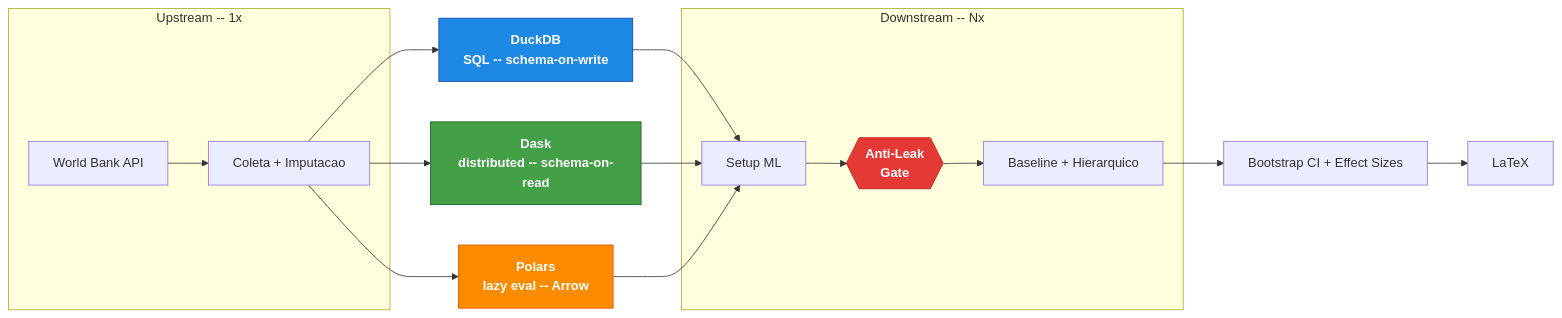
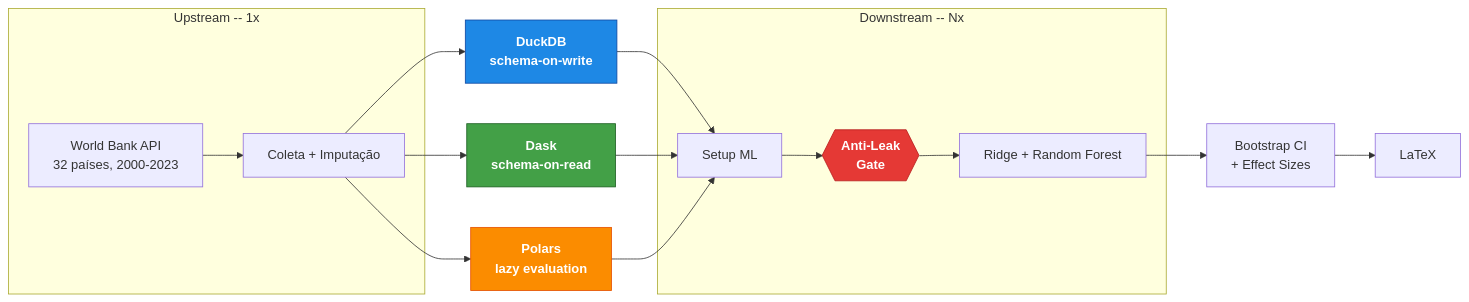
The diagram in README.md (DATA-UFMS/rampart-framework), drawn with Mermaid before and after one commit. The commit also changed other lines of this file and 1 other file, not shown here.

````diff
--- a/README.md
+++ b/README.md
@@ -5,26 +23,26 @@
 ```mermaid
 flowchart LR
     subgraph U["Upstream -- 1x"]
-        A["World Bank API"] --> B["Coleta + Imputacao"]
+        A["World Bank API\n32 países, 2000-2023"] --> B["Coleta + Imputação"]
     end
 
     B --> DW & DL & PL
 
-    DW["DuckDB\nSQL -- schema-on-write"]:::dw
-    DL["Dask\ndistributed -- schema-on-read"]:::dl
-    PL["Polars\nlazy eval -- Arrow"]:::pl
+    DW["DuckDB\nschema-on-write"]:::dw
+    DL["Dask\nschema-on-read"]:::dl
+    PL["Polars\nlazy evaluation"]:::pl
 
     DW & DL & PL --> S
 
     subgraph D["Downstream -- Nx"]
         S["Setup ML"] --> G{{"Anti-Leak\nGate"}}:::gate
-        G --> M["Baseline + Hierarquico"]
+        G --> M["Ridge + Random Forest"]
     end
 
-    M --> V["Bootstrap CI + Effect Sizes"] --> T["LaTeX"]
+    M --> V["Bootstrap CI\n+ Effect Sizes"] --> T["LaTeX"]
 
     classDef dw fill:#1e88e5,stroke:#0d47a1,color:#fff,font-weight:bold
     classDef dl fill:#43a047,stroke:#1b5e20,color:#fff,font-weight:bold
     classDef pl fill:#fb8c00,stroke:#e65100,color:#fff,font-weight:bold
     classDef gate fill:#e53935,stroke:#b71c1c,color:#fff,font-weight:bold
 ```
````
